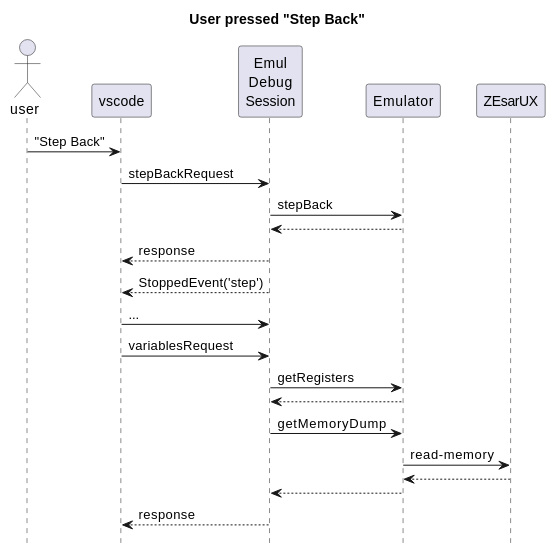
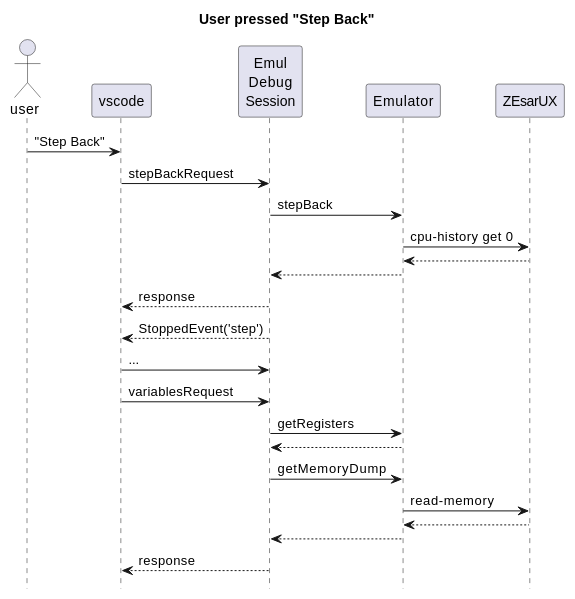
One commit to maziac/DeZog changed the diagram in design/reversedebugging.md. Above: the diagram before and after it, drawn with PlantUML. The commit also changed other lines of this file and 8 other files, not shown here.

Commit message:
Cleanup of code and documentation. (transaction-log -> cpu-history)

````diff
--- a/design/reversedebugging.md
+++ b/design/reversedebugging.md
@@ -35,32 +36,34 @@
 ```puml
 hide footbox
 title User pressed "Step Back"
 actor user
 participant vscode
 participant "Emul\nDebug\nSession" as session
 participant "Emulator" as emul
 participant "ZEsarUX" as zesarux
 
 user -> vscode: "Step Back"
 vscode -> session: stepBackRequest
 
 session -> emul: stepBack
+emul -> zesarux: cpu-history get 0
+emul <-- zesarux
 session <-- emul
 
 vscode <-- session: response
 vscode <-- session: StoppedEvent('step')
 
 vscode -> session: ...
 
 vscode -> session: variablesRequest
 
 session -> emul: getRegisters
 session <-- emul
 
 session -> emul: getMemoryDump
 emul -> zesarux: read-memory
 emul <-- zesarux
 session <-- emul
 
 vscode <-- session: response
 ```
````
